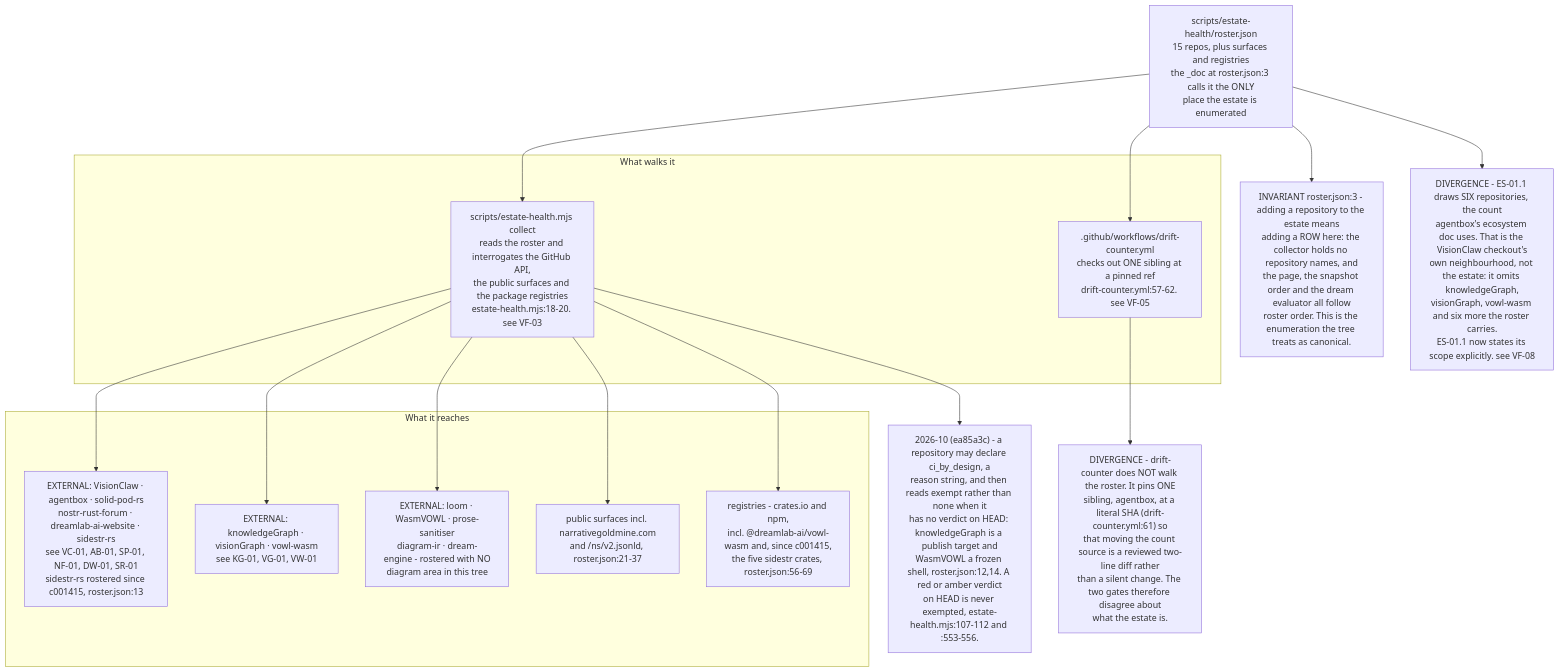
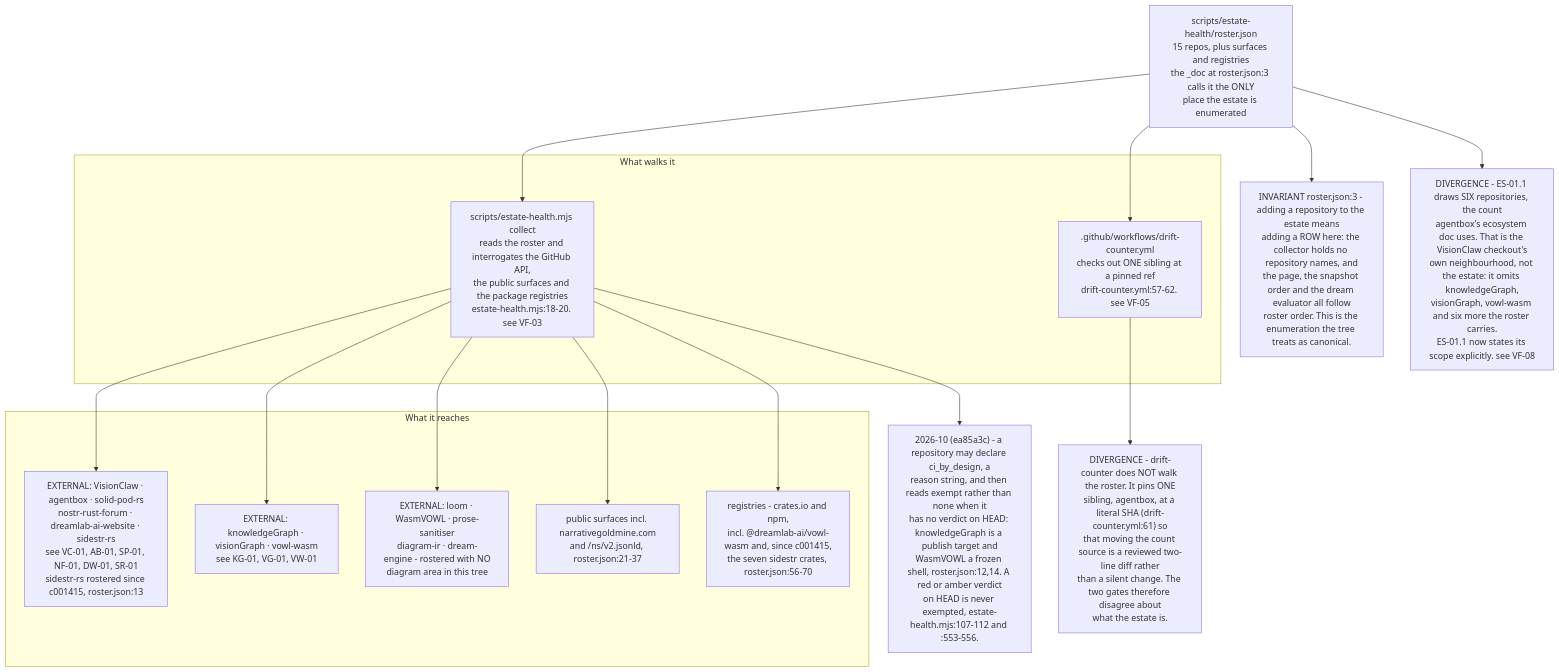
Before and after one commit to DreamLab-AI/VisionFlow: the fifth of 5 diagrams in docs/diagrams/estate/11-publishing-axis.md, drawn with Mermaid. The commit also changed other lines of this file and 111 other files, not shown here.

Commit message:
docs(diagrams): align estate maps with current source

````diff
--- a/docs/diagrams/estate/11-publishing-axis.md
+++ b/docs/diagrams/estate/11-publishing-axis.md
@@ -135,35 +135,35 @@
 ```mermaid
 flowchart TB
     ROSTER["scripts/estate-health/roster.json<br/>15 repos, plus surfaces and registries<br/>the _doc at roster.json:3 calls it the ONLY<br/>place the estate is enumerated"]
 
     subgraph READERS["What walks it"]
         EH["scripts/estate-health.mjs collect<br/>reads the roster and interrogates the GitHub API,<br/>the public surfaces and the package registries<br/>estate-health.mjs:18-20. see VF-03"]
         DC[".github/workflows/drift-counter.yml<br/>checks out ONE sibling at a pinned ref<br/>drift-counter.yml:57-62. see VF-05"]
     end
 
     subgraph TARGETS["What it reaches"]
         R1["EXTERNAL: VisionClaw · agentbox · solid-pod-rs<br/>nostr-rust-forum · dreamlab-ai-website · sidestr-rs<br/>see VC-01, AB-01, SP-01, NF-01, DW-01, SR-01<br/>sidestr-rs rostered since c001415, roster.json:13"]
         R2["EXTERNAL: knowledgeGraph · visionGraph · vowl-wasm<br/>see KG-01, VG-01, VW-01"]
         R3["EXTERNAL: loom · WasmVOWL · prose-sanitiser<br/>diagram-ir · dream-engine - rostered with NO<br/>diagram area in this tree"]
         SURF["public surfaces incl. narrativegoldmine.com<br/>and /ns/v2.jsonld, roster.json:21-37"]
-        REG["registries - crates.io and npm,<br/>incl. @dreamlab-ai/vowl-wasm and, since c001415,<br/>the five sidestr crates, roster.json:56-69"]
+        REG["registries - crates.io and npm,<br/>incl. @dreamlab-ai/vowl-wasm and, since c001415,<br/>the seven sidestr crates, roster.json:56-70"]
     end
 
     ROSTER --> EH
     ROSTER --> DC
     EH --> R1
     EH --> R2
     EH --> R3
     EH --> SURF
     EH --> REG
 
     INV["INVARIANT roster.json:3 - adding a repository to the estate means<br/>adding a ROW here: the collector holds no repository names, and<br/>the page, the snapshot order and the dream evaluator all follow<br/>roster order. This is the enumeration the tree treats as canonical."]
     D1["DIVERGENCE - drift-counter does NOT walk the roster. It pins ONE<br/>sibling, agentbox, at a literal SHA (drift-counter.yml:61) so<br/>that moving the count source is a reviewed two-line diff rather<br/>than a silent change. The two gates therefore disagree about<br/>what the estate is."]
     D2["DIVERGENCE - ES-01.1 draws SIX repositories, the count<br/>agentbox's ecosystem doc uses. That is the VisionClaw checkout's<br/>own neighbourhood, not the estate: it omits knowledgeGraph,<br/>visionGraph, vowl-wasm and six more the roster carries.<br/>ES-01.1 now states its scope explicitly. see VF-08"]
 
     EXEMPT["2026-10 (ea85a3c) - a repository may declare ci_by_design, a<br/>reason string, and then reads exempt rather than none when it<br/>has no verdict on HEAD: knowledgeGraph is a publish target and<br/>WasmVOWL a frozen shell, roster.json:12,14. A red or amber verdict<br/>on HEAD is never exempted, estate-health.mjs:107-112 and :553-556."]
     EH --> EXEMPT
     ROSTER --> INV
     DC --> D1
     ROSTER --> D2
 ```
````
